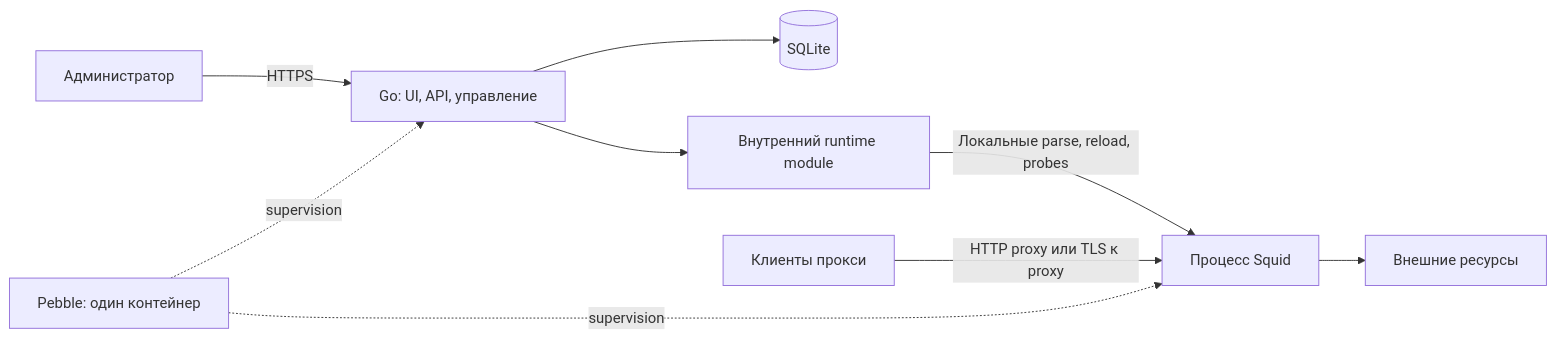
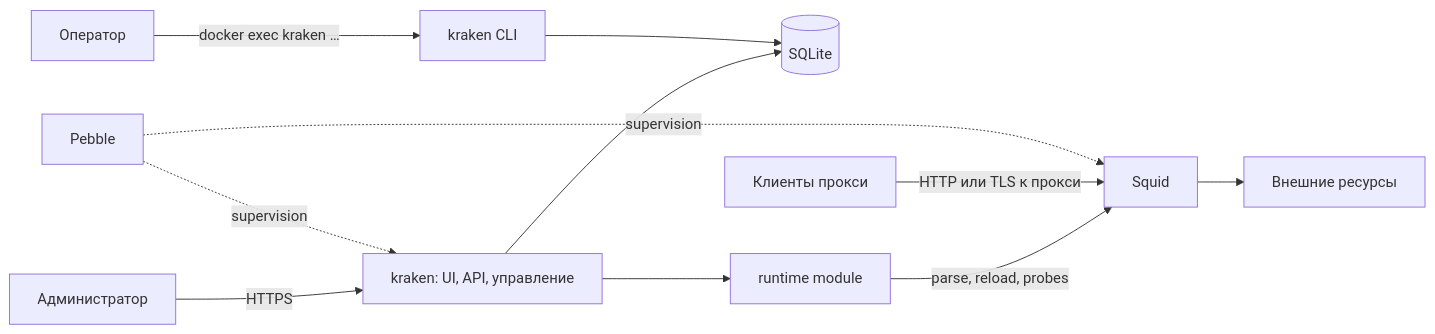
Before and after one commit to grshv/kraken: the diagram in docs/architecture/overview.md, drawn with Mermaid. The commit also changed other lines of this file and 6 other files, not shown here.

````diff
--- a/docs/architecture/overview.md
+++ b/docs/architecture/overview.md
@@ -18,11 +14,13 @@
 ```mermaid
 flowchart LR
-    A[Администратор] -->|HTTPS| W[Go: UI, API, управление]
+    A[Администратор] -->|HTTPS| W[kraken: UI, API, управление]
+    O[Оператор] -->|docker exec kraken …| C[kraken CLI]
     W --> D[(SQLite)]
-    W --> M[Внутренний runtime module]
-    M -->|Локальные parse, reload, probes| S[Процесс Squid]
-    V[Клиенты прокси] -->|HTTP proxy или TLS к proxy| S
+    C --> D
+    W --> M[runtime module]
+    M -->|parse, reload, probes| S[Squid]
+    V[Клиенты прокси] -->|HTTP или TLS к прокси| S
     S --> I[Внешние ресурсы]
-    P[Pebble: один контейнер] -. supervision .-> W
+    P[Pebble] -. supervision .-> W
     P -. supervision .-> S
 ```
````
